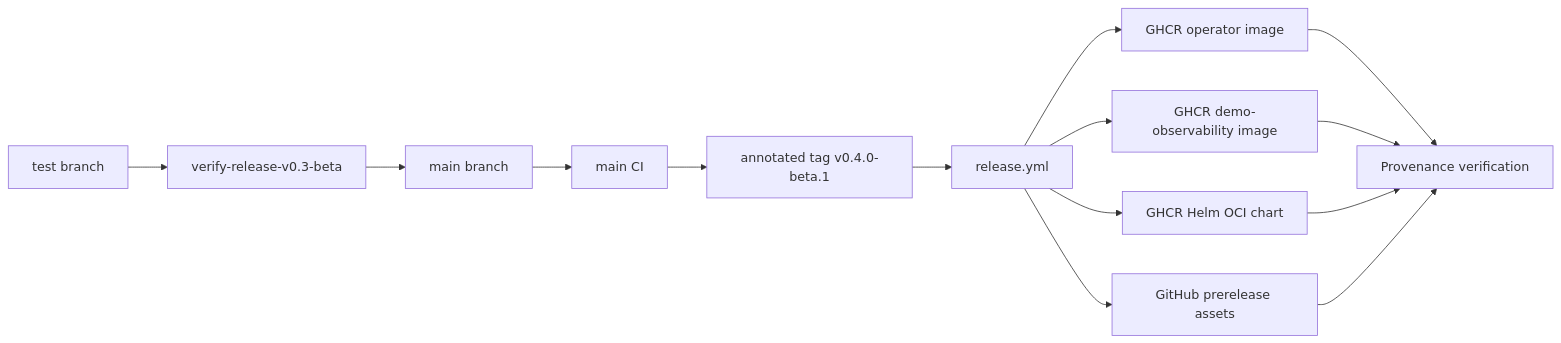
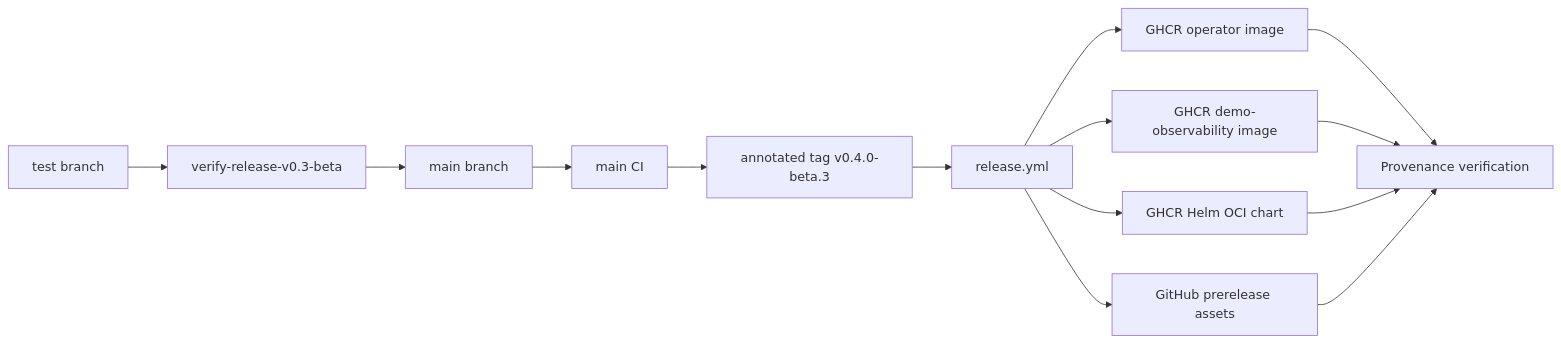
Before and after one commit to FluxSeer/fluxseer-rca: diagram 17 of 18 in docs/architecture/mermaid-diagrams.md, drawn with Mermaid. The commit also changed other lines of this file and 183 other files, not shown here.

````diff
--- a/docs/architecture/mermaid-diagrams.md
+++ b/docs/architecture/mermaid-diagrams.md
@@ -865,28 +873,28 @@
 ```mermaid
 flowchart LR
     TestBranch[test branch]
     MainBranch[main branch]
     Gate[verify-release-v0.3-beta]
     MainCI[main CI]
-    Tag[annotated tag v0.4.0-beta.1]
+    Tag[annotated tag v0.4.0-beta.3]
     ReleaseWF[release.yml]
     Operator[GHCR operator image]
     Demo[GHCR demo-observability image]
     Chart[GHCR Helm OCI chart]
     GitHubRelease[GitHub prerelease assets]
     Provenance[Provenance verification]
 
     TestBranch --> Gate
     Gate --> MainBranch
     MainBranch --> MainCI
     MainCI --> Tag
     Tag --> ReleaseWF
     ReleaseWF --> Operator
     ReleaseWF --> Demo
     ReleaseWF --> Chart
     ReleaseWF --> GitHubRelease
     Operator --> Provenance
     Demo --> Provenance
     Chart --> Provenance
     GitHubRelease --> Provenance
 ```
````
